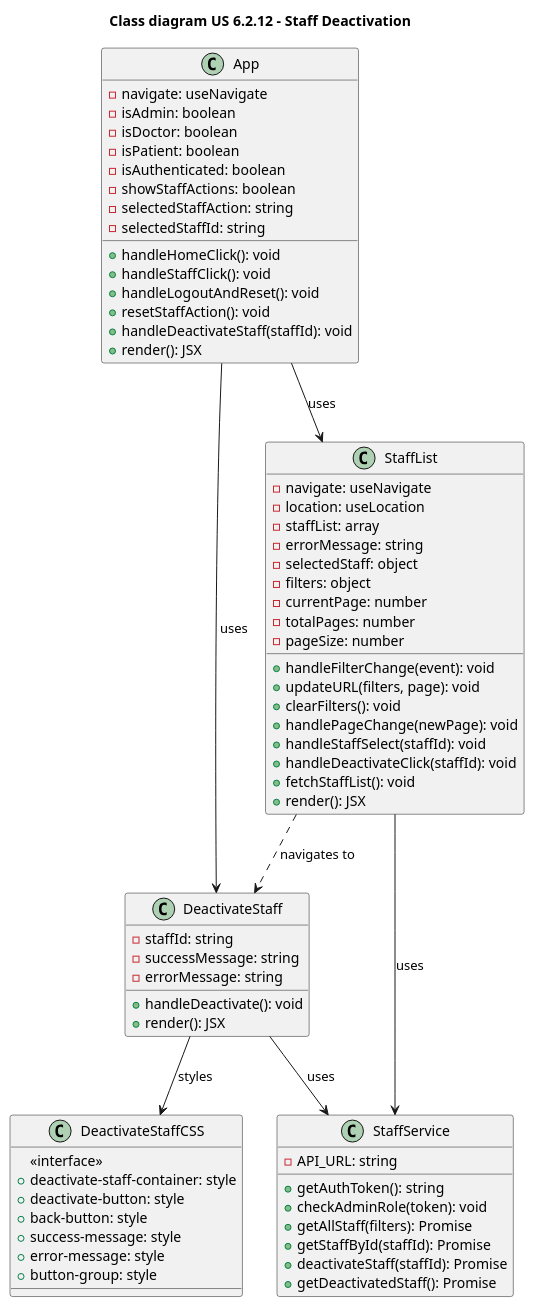
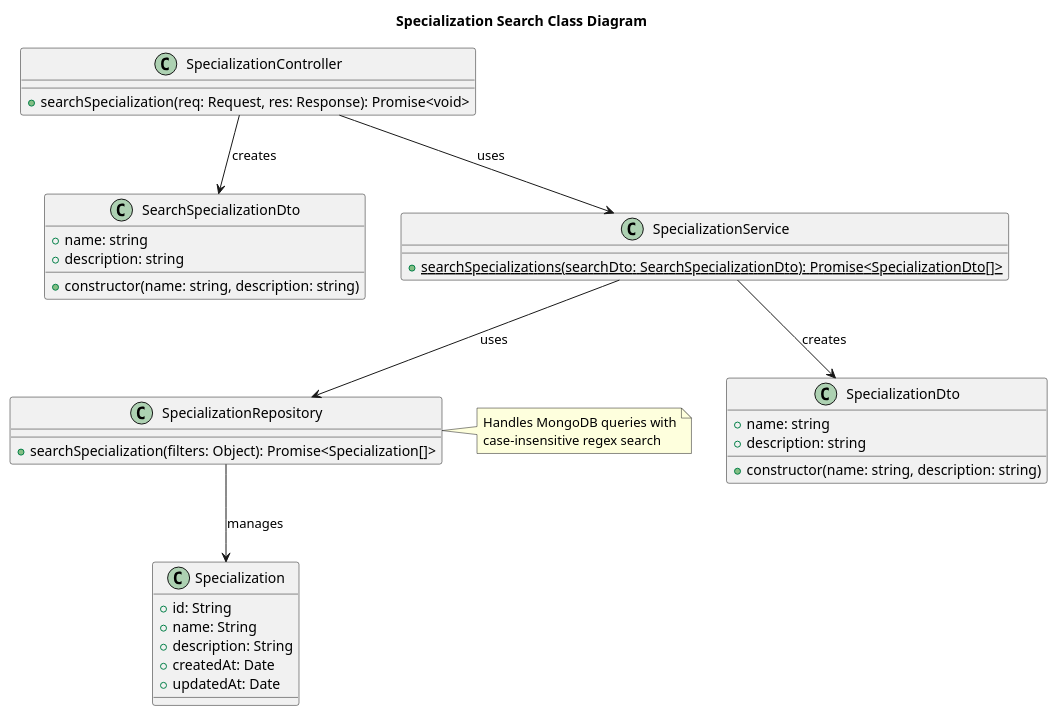
The diagram in docs/Sprint3/US 7.2.12/CD.puml (HugBar/3DC_G17), drawn with PlantUML before and after one commit. The commit also changed 9 other files, not shown here.

```diff
--- a/docs/Sprint3/US 7.2.12/CD.puml
+++ b/docs/Sprint3/US 7.2.12/CD.puml
@@ -1,76 +1,47 @@
-@startuml namespace "CD US 6.2.12"
-title "Class diagram US 6.2.12 - Staff Deactivation"
+@startuml
+title "Specialization Search Class Diagram"
 
-class DeactivateStaff {
-    -staffId: string
-    -successMessage: string
-    -errorMessage: string
-    +handleDeactivate(): void
-    +render(): JSX
+class SpecializationController {
+    +searchSpecialization(req: Request, res: Response): Promise<void>
 }
 
-class StaffList {
-    -navigate: useNavigate
-    -location: useLocation
-    -staffList: array
-    -errorMessage: string
-    -selectedStaff: object
-    -filters: object
-    -currentPage: number
-    -totalPages: number
-    -pageSize: number
-    +handleFilterChange(event): void
-    +updateURL(filters, page): void
-    +clearFilters(): void
-    +handlePageChange(newPage): void
-    +handleStaffSelect(staffId): void
-    +handleDeactivateClick(staffId): void
-    +fetchStaffList(): void
-    +render(): JSX
+class SearchSpecializationDto {
+    +name: string
+    +description: string
+    +constructor(name: string, description: string)
 }
 
-class App {
-    -navigate: useNavigate
-    -isAdmin: boolean
-    -isDoctor: boolean
-    -isPatient: boolean
-    -isAuthenticated: boolean
-    -showStaffActions: boolean
-    -selectedStaffAction: string
-    -selectedStaffId: string
-    +handleHomeClick(): void
-    +handleStaffClick(): void
-    +handleLogoutAndReset(): void
-    +resetStaffAction(): void
-    +handleDeactivateStaff(staffId): void
-    +render(): JSX
+class SpecializationService {
+    +{static} searchSpecializations(searchDto: SearchSpecializationDto): Promise<SpecializationDto[]>
 }
 
-class StaffService {
-    -API_URL: string
-    +getAuthToken(): string
-    +checkAdminRole(token): void
-    +getAllStaff(filters): Promise
-    +getStaffById(staffId): Promise
-    +deactivateStaff(staffId): Promise
-    +getDeactivatedStaff(): Promise
+class SpecializationRepository {
+    +searchSpecialization(filters: Object): Promise<Specialization[]>
 }
 
-class DeactivateStaffCSS {
-    <<interface>>
-    +deactivate-staff-container: style
-    +deactivate-button: style
-    +back-button: style
-    +success-message: style
-    +error-message: style
-    +button-group: style
+class SpecializationDto {
+    +name: string
+    +description: string
+    +constructor(name: string, description: string)
 }
 
-App --> StaffList : uses
-App --> DeactivateStaff : uses
-StaffList --> StaffService : uses
-DeactivateStaff --> StaffService : uses
-DeactivateStaff --> DeactivateStaffCSS : styles
-StaffList ..> DeactivateStaff : navigates to
+class Specialization {
+    +id: String
+    +name: String
+    +description: String
+    +createdAt: Date
+    +updatedAt: Date
+}
+
+SpecializationController --> SearchSpecializationDto: creates
+SpecializationController --> SpecializationService: uses
+SpecializationService --> SpecializationRepository: uses
+SpecializationService --> SpecializationDto: creates
+SpecializationRepository --> Specialization: manages
+
+note right of SpecializationRepository
+  Handles MongoDB queries with
+  case-insensitive regex search
+end note
 
 @enduml
```
